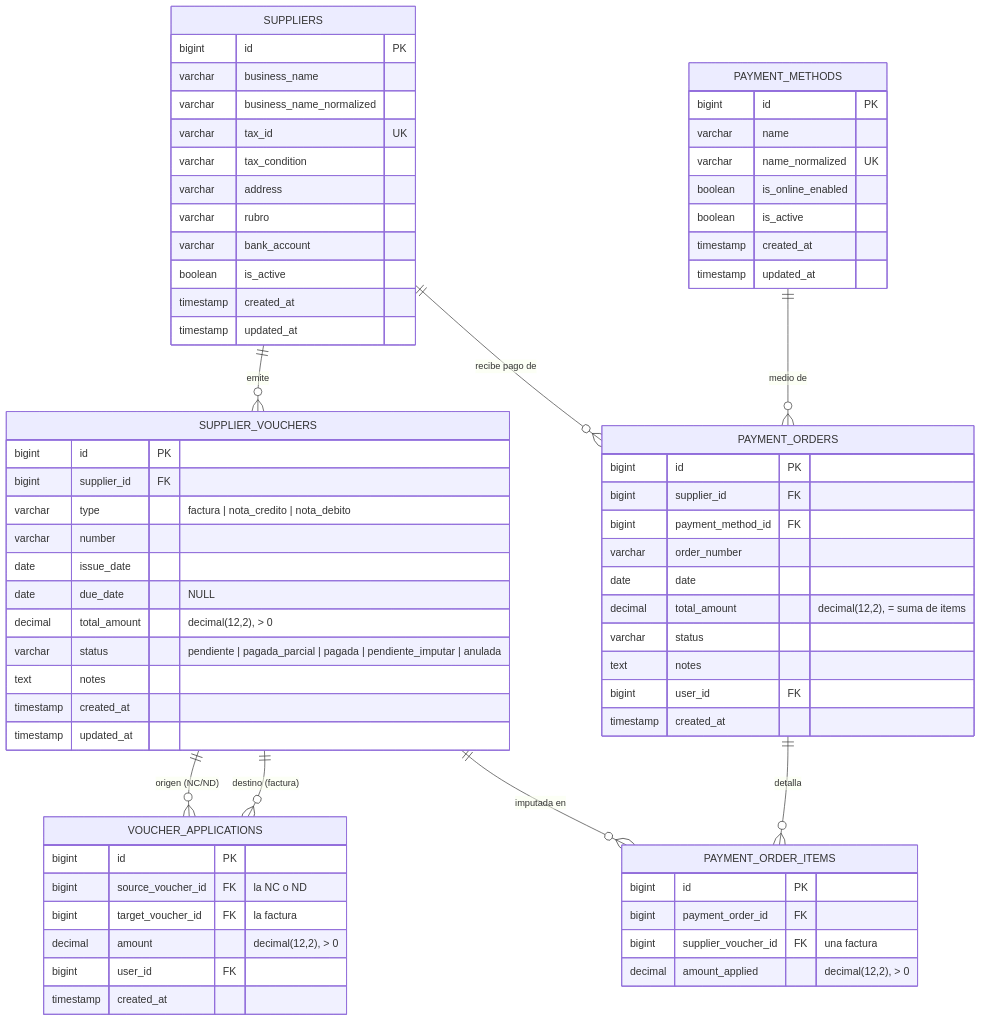
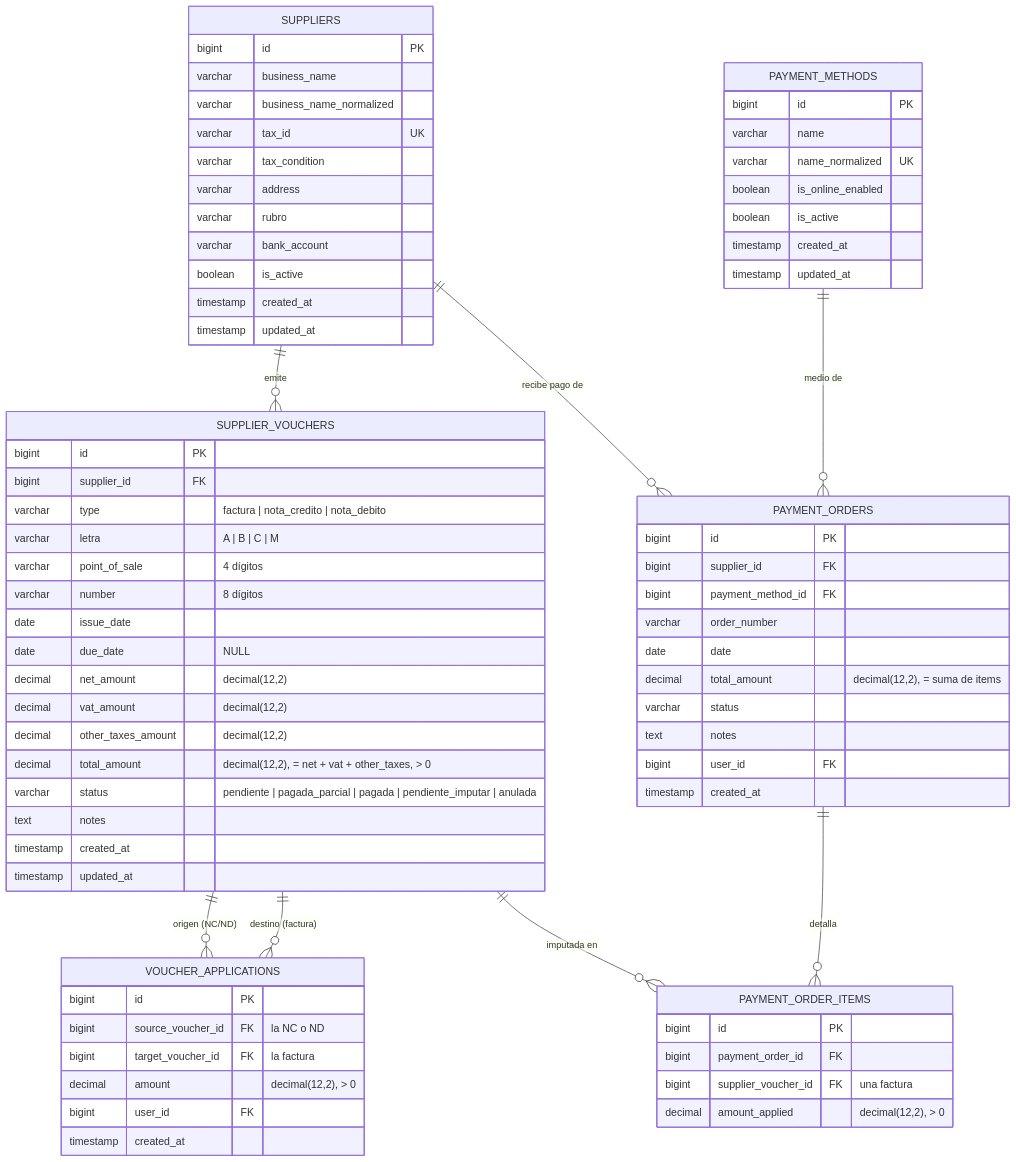
The diagram in docs/backlog/sprint-backlog-2.md (MauricioLopezC/la-linda-app), drawn with Mermaid before and after one commit. The commit also changed other lines of this file and 1 other file, not shown here.

````diff
--- a/docs/backlog/sprint-backlog-2.md
+++ b/docs/backlog/sprint-backlog-2.md
@@ -222,72 +225,77 @@
 ```mermaid
 erDiagram
     SUPPLIERS {
         bigint id PK
         varchar business_name
         varchar business_name_normalized
         varchar tax_id UK
         varchar tax_condition
         varchar address
         varchar rubro
         varchar bank_account
         boolean is_active
         timestamp created_at
         timestamp updated_at
     }
     PAYMENT_METHODS {
         bigint id PK
         varchar name
         varchar name_normalized UK
         boolean is_online_enabled
         boolean is_active
         timestamp created_at
         timestamp updated_at
     }
     SUPPLIER_VOUCHERS {
         bigint id PK
         bigint supplier_id FK
         varchar type "factura | nota_credito | nota_debito"
-        varchar number
+        varchar letra "A | B | C | M"
+        varchar point_of_sale "4 dígitos"
+        varchar number "8 dígitos"
         date issue_date
         date due_date "NULL"
-        decimal total_amount "decimal(12,2), > 0"
+        decimal net_amount "decimal(12,2)"
+        decimal vat_amount "decimal(12,2)"
+        decimal other_taxes_amount "decimal(12,2)"
+        decimal total_amount "decimal(12,2), = net + vat + other_taxes, > 0"
         varchar status "pendiente | pagada_parcial | pagada | pendiente_imputar | anulada"
         text notes
         timestamp created_at
         timestamp updated_at
     }
     VOUCHER_APPLICATIONS {
         bigint id PK
         bigint source_voucher_id FK "la NC o ND"
         bigint target_voucher_id FK "la factura"
         decimal amount "decimal(12,2), > 0"
         bigint user_id FK
         timestamp created_at
     }
     PAYMENT_ORDERS {
         bigint id PK
         bigint supplier_id FK
         bigint payment_method_id FK
         varchar order_number
         date date
         decimal total_amount "decimal(12,2), = suma de items"
         varchar status
         text notes
         bigint user_id FK
         timestamp created_at
     }
     PAYMENT_ORDER_ITEMS {
         bigint id PK
         bigint payment_order_id FK
         bigint supplier_voucher_id FK "una factura"
         decimal amount_applied "decimal(12,2), > 0"
     }
 
     SUPPLIERS ||--o{ SUPPLIER_VOUCHERS : emite
     SUPPLIERS ||--o{ PAYMENT_ORDERS : "recibe pago de"
     PAYMENT_METHODS ||--o{ PAYMENT_ORDERS : "medio de"
     SUPPLIER_VOUCHERS ||--o{ VOUCHER_APPLICATIONS : "origen (NC/ND)"
     SUPPLIER_VOUCHERS ||--o{ VOUCHER_APPLICATIONS : "destino (factura)"
     PAYMENT_ORDERS ||--o{ PAYMENT_ORDER_ITEMS : detalla
     SUPPLIER_VOUCHERS ||--o{ PAYMENT_ORDER_ITEMS : "imputada en"
 ```
````
